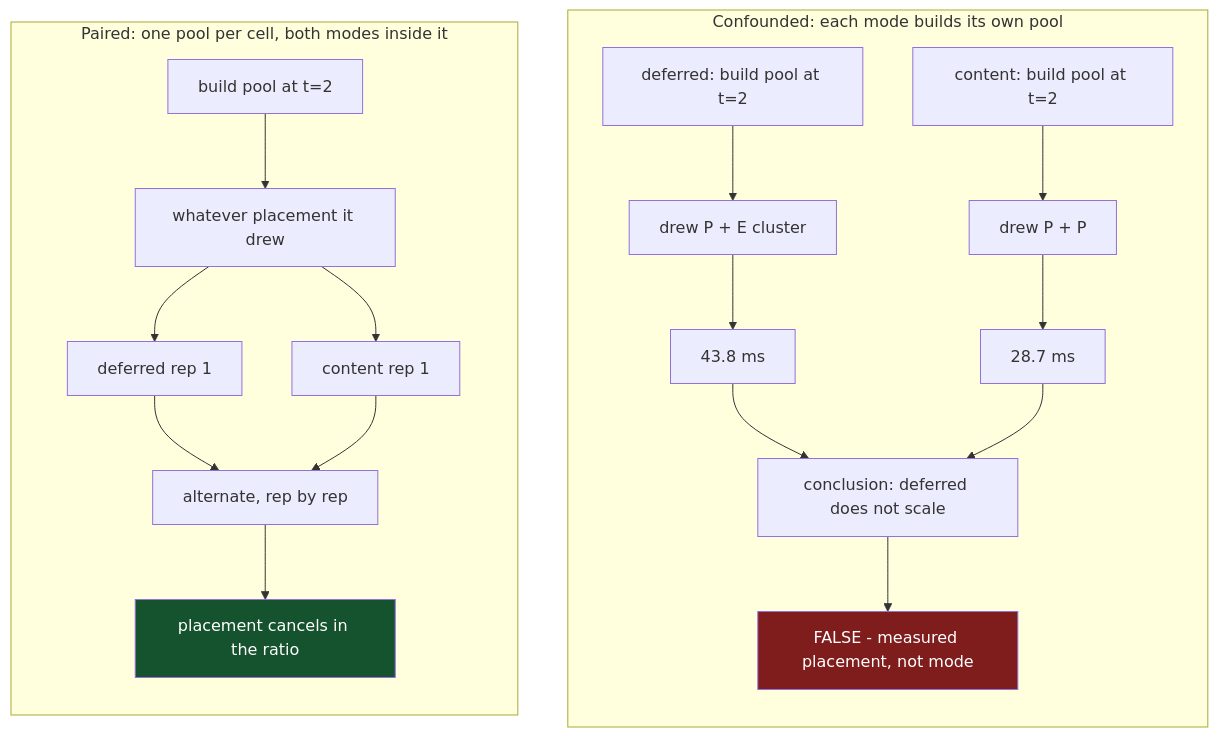
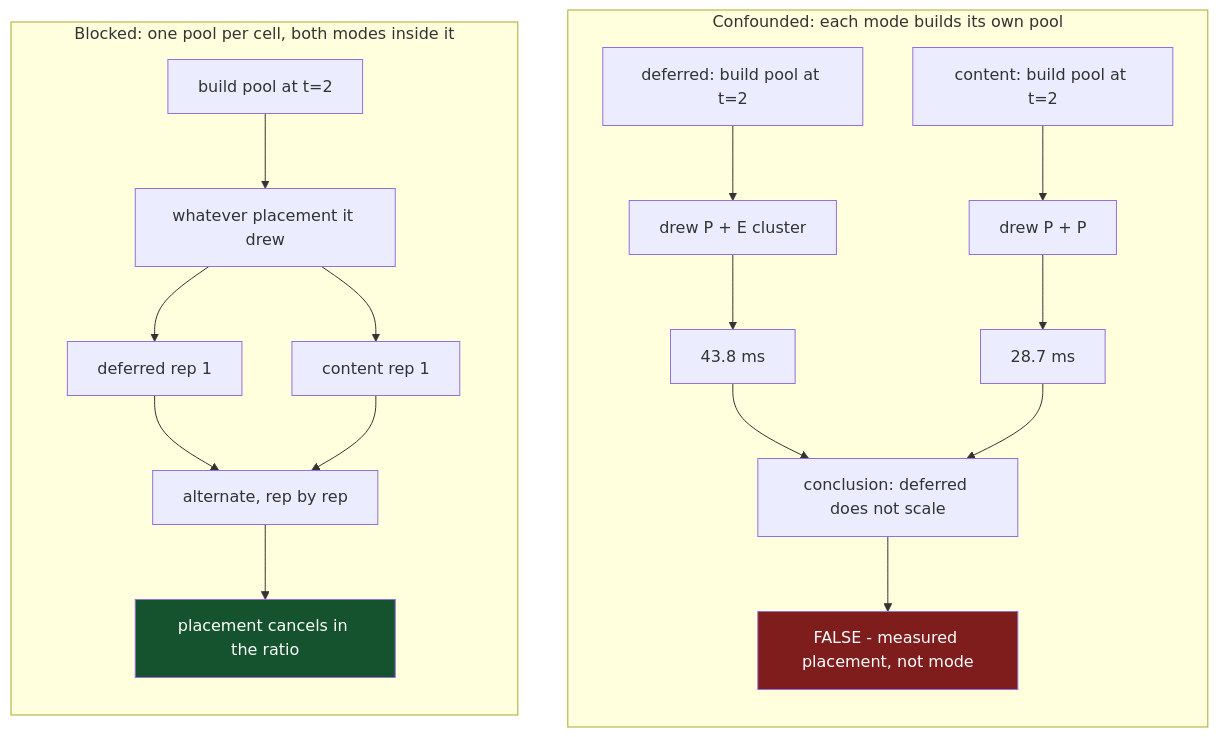
The diagram in _posts/2026-08-06-performance-analysis-apple-m4.md (hiraditya/hiraditya.github.io), drawn with Mermaid before and after one commit. The commit also changed other lines of this file, not shown here.

````diff
--- a/_posts/2026-08-06-performance-analysis-apple-m4.md
+++ b/_posts/2026-08-06-performance-analysis-apple-m4.md
@@ -261,26 +188,26 @@
 ```mermaid
 graph TB
     subgraph BAD["Confounded: each mode builds its own pool"]
         direction TB
         A1["deferred: build pool at t=2"] --> A2["drew P + E cluster"]
         A2 --> A3["43.8 ms"]
         B1["content: build pool at t=2"] --> B2["drew P + P"]
         B2 --> B3["28.7 ms"]
         A3 --> C1["conclusion: deferred does not scale"]
         B3 --> C1
         C1 --> C2["FALSE - measured placement, not mode"]
     end
 
-    subgraph GOOD["Paired: one pool per cell, both modes inside it"]
+    subgraph GOOD["Blocked: one pool per cell, both modes inside it"]
         direction TB
         D1["build pool at t=2"] --> D2["whatever placement it drew"]
         D2 --> D3["deferred rep 1"]
         D2 --> D4["content rep 1"]
         D3 --> D5["alternate, rep by rep"]
         D4 --> D5
         D5 --> D6["placement cancels in the ratio"]
     end
 
     style C2 fill:#7f1d1d,color:#fff
     style D6 fill:#14532d,color:#fff
 ```
````
